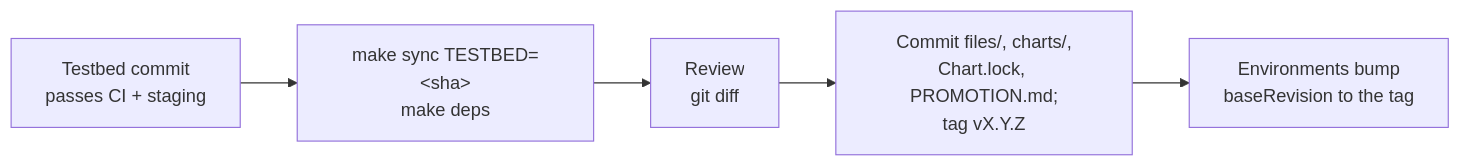
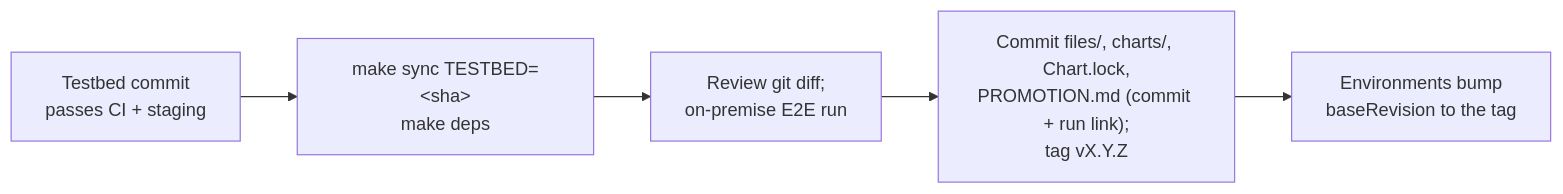
One commit to RI-SCALE/dep-dlm-deployment changed the third of 3 diagrams in README.md. Above: the diagram before and after it, drawn with Mermaid. The commit also changed 1 other file, not shown here.

Commit message:
docs: link the on-premise E2E runs as promotion evidence
PROMOTION.md records the green runs per profile and token mode
(ls-aai-dev managed/unmanaged, egi-dev unmanaged); the README's
promotion flow includes the E2E run and its link.

````diff
--- a/README.md
+++ b/README.md
@@ -151,7 +151,7 @@
 ```mermaid
 flowchart LR
   a["Testbed commit<br/>passes CI + staging"] --> b["make sync TESTBED=&lt;sha&gt;<br/>make deps"]
-  b --> c["Review<br/>git diff"]
-  c --> d["Commit files/, charts/,<br/>Chart.lock, PROMOTION.md;<br/>tag vX.Y.Z"]
+  b --> c["Review git diff;<br/>on-premise E2E run"]
+  c --> d["Commit files/, charts/, Chart.lock,<br/>PROMOTION.md (commit + run link);<br/>tag vX.Y.Z"]
   d --> e["Environments bump<br/>baseRevision to the tag"]
 ```
````
